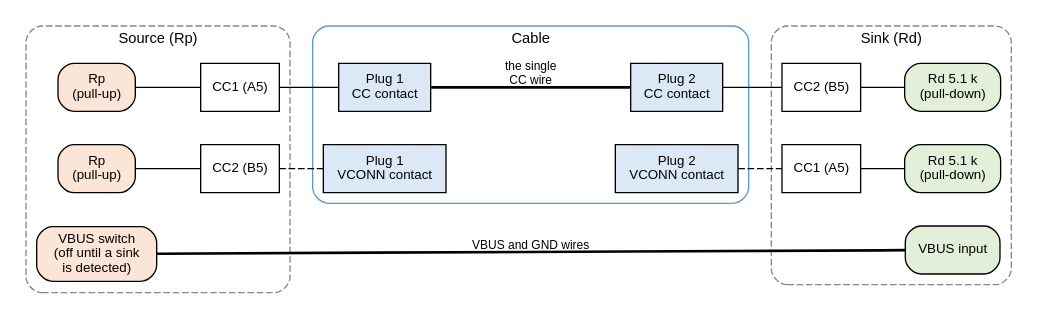
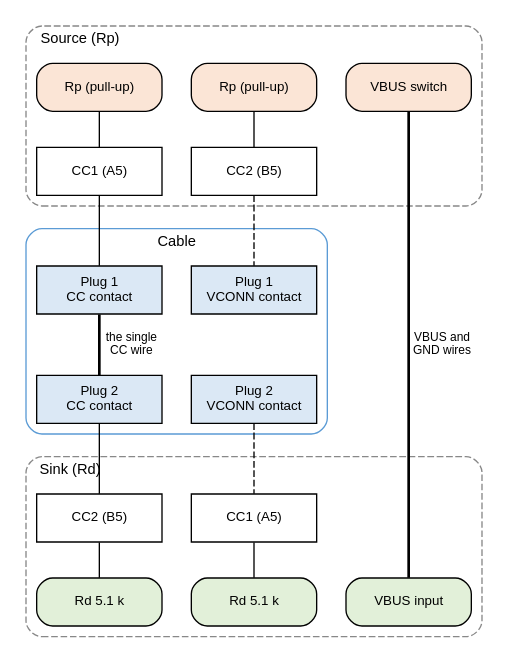
One commit to mithro/evampire changed the diagram in docs/power/usb-pd/cc-wiring.dot. Above: the diagram before and after it, drawn with Graphviz. The commit also changed 5 other files, not shown here.

First line of the commit message:
Make USB PD diagrams fit the page width

```diff
--- a/docs/power/usb-pd/cc-wiring.dot
+++ b/docs/power/usb-pd/cc-wiring.dot
@@ -1,58 +1,58 @@
 // How the CC wire connects a source to a sink through a USB Type-C cable.
 // The far plug is shown turned over, so source CC1 meets sink CC2.
 // Either end may be a board built around evampire.
 //
 // SPDX-License-Identifier: Apache-2.0
 
 digraph cc_wiring {
-    graph [rankdir=LR, fontname="Helvetica", fontsize=11, nodesep=0.35,
-           ranksep=0.45, newrank=true];
+    graph [rankdir=TB, fontname="Helvetica", fontsize=11, nodesep=0.3,
+           ranksep=0.35, newrank=true];
     node  [shape=box, style="rounded,filled", fillcolor="#f2f2f2",
-           fontname="Helvetica", fontsize=10];
+           fontname="Helvetica", fontsize=10, width=1.3];
     edge  [fontname="Helvetica", fontsize=9, arrowhead=none];
 
     subgraph cluster_src {
-        label="Source (Rp)"; style="rounded,dashed"; color="#888888";
-        rp1    [label="Rp\n(pull-up)", fillcolor="#fbe5d6"];
-        rp2    [label="Rp\n(pull-up)", fillcolor="#fbe5d6"];
-        s_cc1  [label="CC1 (A5)", shape=box, style="filled", fillcolor="#ffffff"];
-        s_cc2  [label="CC2 (B5)", shape=box, style="filled", fillcolor="#ffffff"];
-        s_vbus [label="VBUS switch\n(off until a sink\nis detected)", fillcolor="#fbe5d6"];
+        label="Source (Rp)"; labeljust="l"; style="rounded,dashed"; color="#888888";
+        rp1    [label="Rp (pull-up)", fillcolor="#fbe5d6"];
+        rp2    [label="Rp (pull-up)", fillcolor="#fbe5d6"];
+        s_vbus [label="VBUS switch", fillcolor="#fbe5d6"];
+        s_cc1  [label="CC1 (A5)", style="filled", fillcolor="#ffffff"];
+        s_cc2  [label="CC2 (B5)", style="filled", fillcolor="#ffffff"];
     }
 
     subgraph cluster_cable {
         label="Cable"; style="rounded"; color="#5b9bd5";
         p1_cc    [label="Plug 1\nCC contact", style="filled", fillcolor="#dbe8f5"];
         p1_vconn [label="Plug 1\nVCONN contact", style="filled", fillcolor="#dbe8f5"];
         p2_cc    [label="Plug 2\nCC contact", style="filled", fillcolor="#dbe8f5"];
         p2_vconn [label="Plug 2\nVCONN contact", style="filled", fillcolor="#dbe8f5"];
     }
 
     subgraph cluster_snk {
-        label="Sink (Rd)"; style="rounded,dashed"; color="#888888";
-        k_cc1  [label="CC1 (A5)", shape=box, style="filled", fillcolor="#ffffff"];
-        k_cc2  [label="CC2 (B5)", shape=box, style="filled", fillcolor="#ffffff"];
-        rd1    [label="Rd 5.1 k\n(pull-down)", fillcolor="#e2f0d9"];
-        rd2    [label="Rd 5.1 k\n(pull-down)", fillcolor="#e2f0d9"];
+        label="Sink (Rd)"; labeljust="l"; style="rounded,dashed"; color="#888888";
+        k_cc2  [label="CC2 (B5)", style="filled", fillcolor="#ffffff"];
+        k_cc1  [label="CC1 (A5)", style="filled", fillcolor="#ffffff"];
+        rd2    [label="Rd 5.1 k", fillcolor="#e2f0d9"];
+        rd1    [label="Rd 5.1 k", fillcolor="#e2f0d9"];
         k_vbus [label="VBUS input", fillcolor="#e2f0d9"];
     }
 
     { rank=same; rp1; rp2; s_vbus; }
     { rank=same; s_cc1; s_cc2; }
     { rank=same; p1_cc; p1_vconn; }
     { rank=same; p2_cc; p2_vconn; }
-    { rank=same; k_cc1; k_cc2; }
-    { rank=same; rd1; rd2; k_vbus; }
+    { rank=same; k_cc2; k_cc1; }
+    { rank=same; rd2; rd1; k_vbus; }
 
     rp1 -> s_cc1;
     rp2 -> s_cc2;
     s_cc1 -> p1_cc;
     s_cc2 -> p1_vconn [style=dashed];
-    p1_cc -> p2_cc [penwidth=2, label="the single\nCC wire"];
+    p1_cc -> p2_cc [penwidth=2, label=" the single\n CC wire"];
     p1_vconn -> p2_vconn [style=invis];
     p2_cc -> k_cc2;
     p2_vconn -> k_cc1 [style=dashed];
+    k_cc2 -> rd2;
     k_cc1 -> rd1;
-    k_cc2 -> rd2;
-    s_vbus -> k_vbus [penwidth=2, label="VBUS and GND wires", constraint=false];
+    s_vbus -> k_vbus [penwidth=2, label=" VBUS and\n GND wires"];
 }
```
